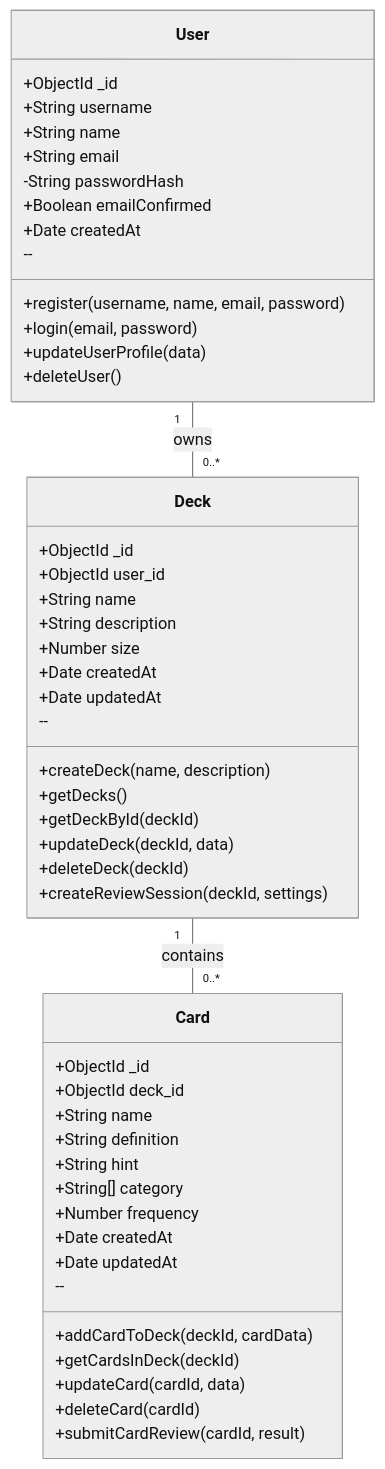
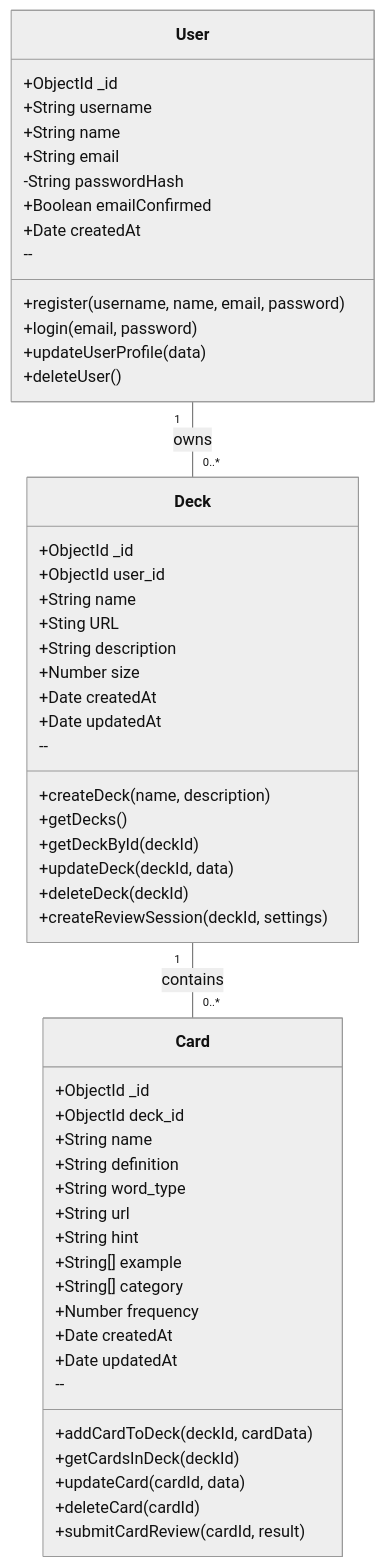
One commit to potatomat0/flashcard changed the first of 6 diagrams in documents/diagrams.md. Above: the diagram before and after it, drawn with Mermaid (neutral theme). The commit also changed 11 other files, not shown here.

````diff
--- a/documents/diagrams.md
+++ b/documents/diagrams.md
@@ -3,55 +3,59 @@
 ```mermaid
 classDiagram
     class User {
         +ObjectId _id
         +String username
         +String name
         +String email
         -String passwordHash
         +Boolean emailConfirmed
         +Date createdAt
         --
         +register(username, name, email, password)
         +login(email, password)
         +updateUserProfile(data)
         +deleteUser()
     }
 
     class Deck {
         +ObjectId _id
         +ObjectId user_id
         +String name
+        +Sting URL 
         +String description
         +Number size
         +Date createdAt
         +Date updatedAt
         --
         +createDeck(name, description)
         +getDecks()
         +getDeckById(deckId)
         +updateDeck(deckId, data)
         +deleteDeck(deckId)
         +createReviewSession(deckId, settings)
     }
 
     class Card {
         +ObjectId _id
         +ObjectId deck_id
         +String name
         +String definition
+        +String word_type
+        +String url
         +String hint
+        +String[] example
         +String[] category
         +Number frequency
         +Date createdAt
         +Date updatedAt
         --
         +addCardToDeck(deckId, cardData)
         +getCardsInDeck(deckId)
         +updateCard(cardId, data)
         +deleteCard(cardId)
         +submitCardReview(cardId, result)
     }
 
     User "1" -- "0..*" Deck : owns
     Deck "1" -- "0..*" Card : contains
 ```
````
